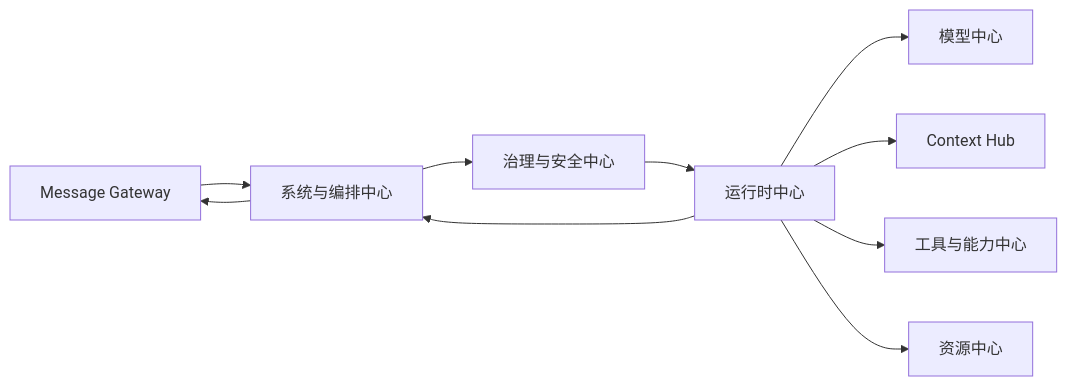
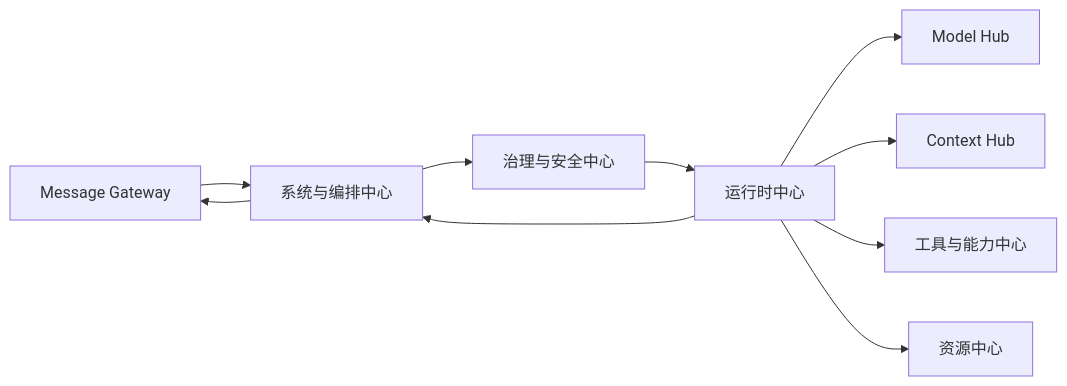
One commit to Quarkfan/QuarkFanTools changed the first of 4 diagrams in docs/platform-reference-matrix.md. Above: the diagram before and after it, drawn with Mermaid. The commit also changed other lines of this file and 11 other files, not shown here.

Commit message:
chore: add model hub submodule

````diff
--- a/docs/platform-reference-matrix.md
+++ b/docs/platform-reference-matrix.md
@@ -859,12 +870,12 @@
 ```mermaid
 flowchart LR
     A[Message Gateway] --> B[系统与编排中心]
     B --> C[治理与安全中心]
     C --> D[运行时中心]
-    D --> E[模型中心]
+    D --> E[Model Hub]
     D --> F[Context Hub]
     D --> G[工具与能力中心]
     D --> H[资源中心]
     D --> B
     B --> A
 ```
````
